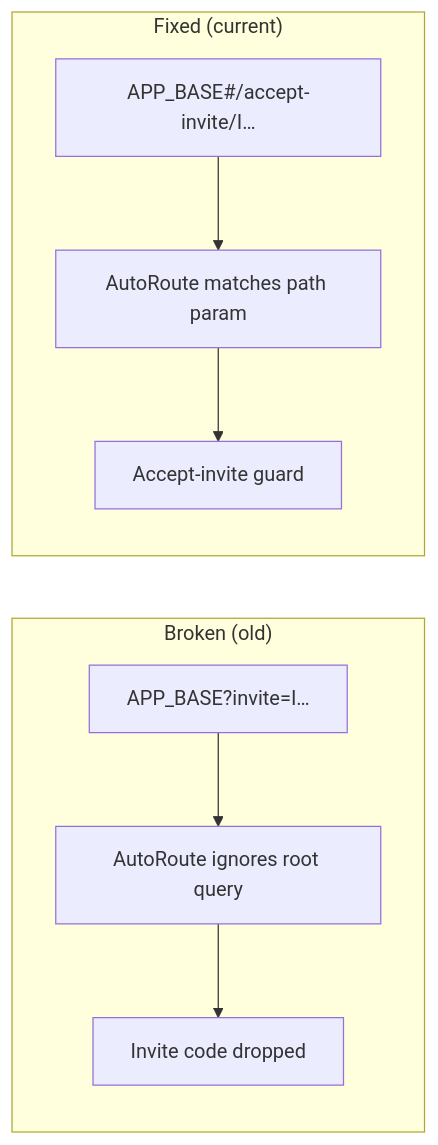
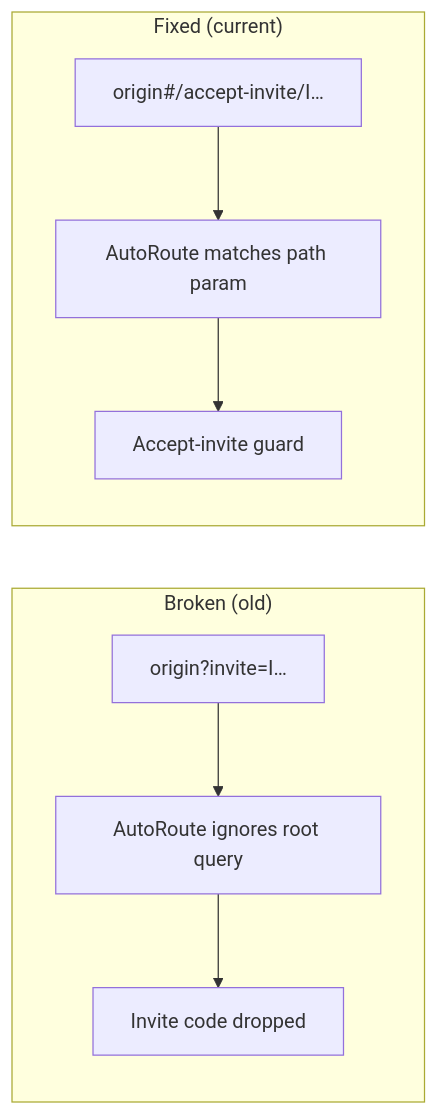
One commit to Intersubjective/tentura changed the second of 4 diagrams in docs/invite-signup-landing-flow.md. Above: the diagram before and after it, drawn with Mermaid. The commit also changed other lines of this file and 34 other files, not shown here.

````diff
--- a/docs/invite-signup-landing-flow.md
+++ b/docs/invite-signup-landing-flow.md
@@ -136,14 +136,14 @@
 ```mermaid
 flowchart LR
   subgraph broken["Broken (old)"]
-    oldCta["APP_BASE?invite=I…"]
+    oldCta["origin?invite=I…"]
     oldCta --> wasmIgnore["AutoRoute ignores root query"]
     wasmIgnore --> lost["Invite code dropped"]
   end
 
   subgraph fixed["Fixed (current)"]
-    newCta["APP_BASE#/accept-invite/I…"]
+    newCta["origin#/accept-invite/I…"]
     newCta --> autoRoute["AutoRoute matches path param"]
     autoRoute --> guard["Accept-invite guard"]
   end
 ```
````
